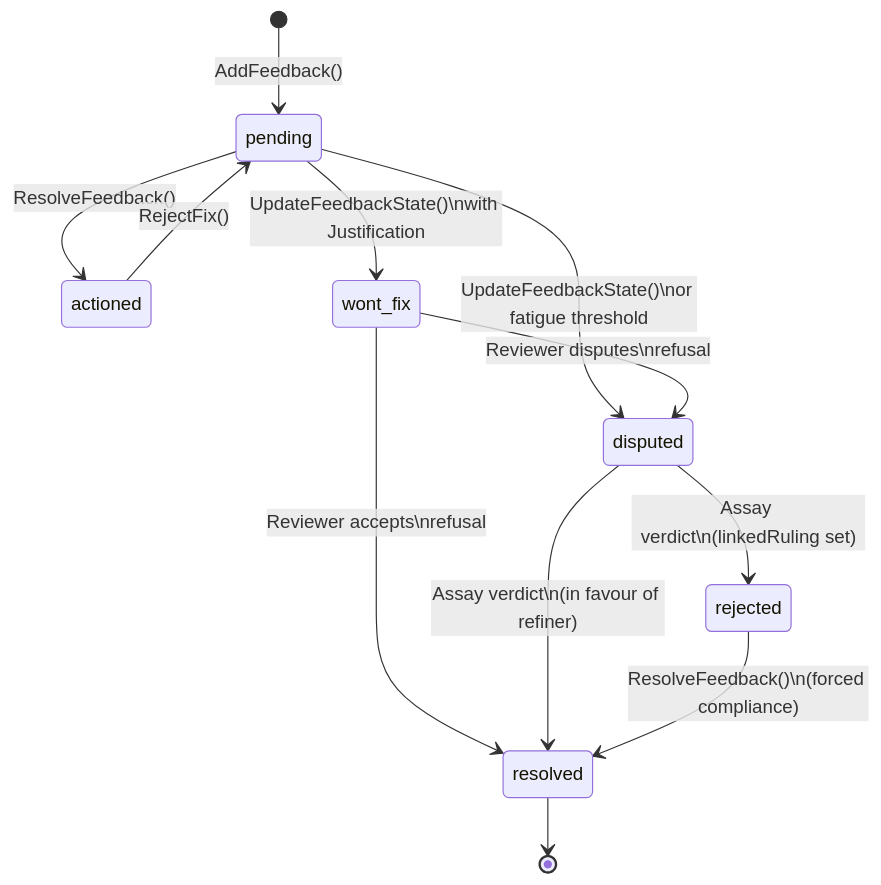
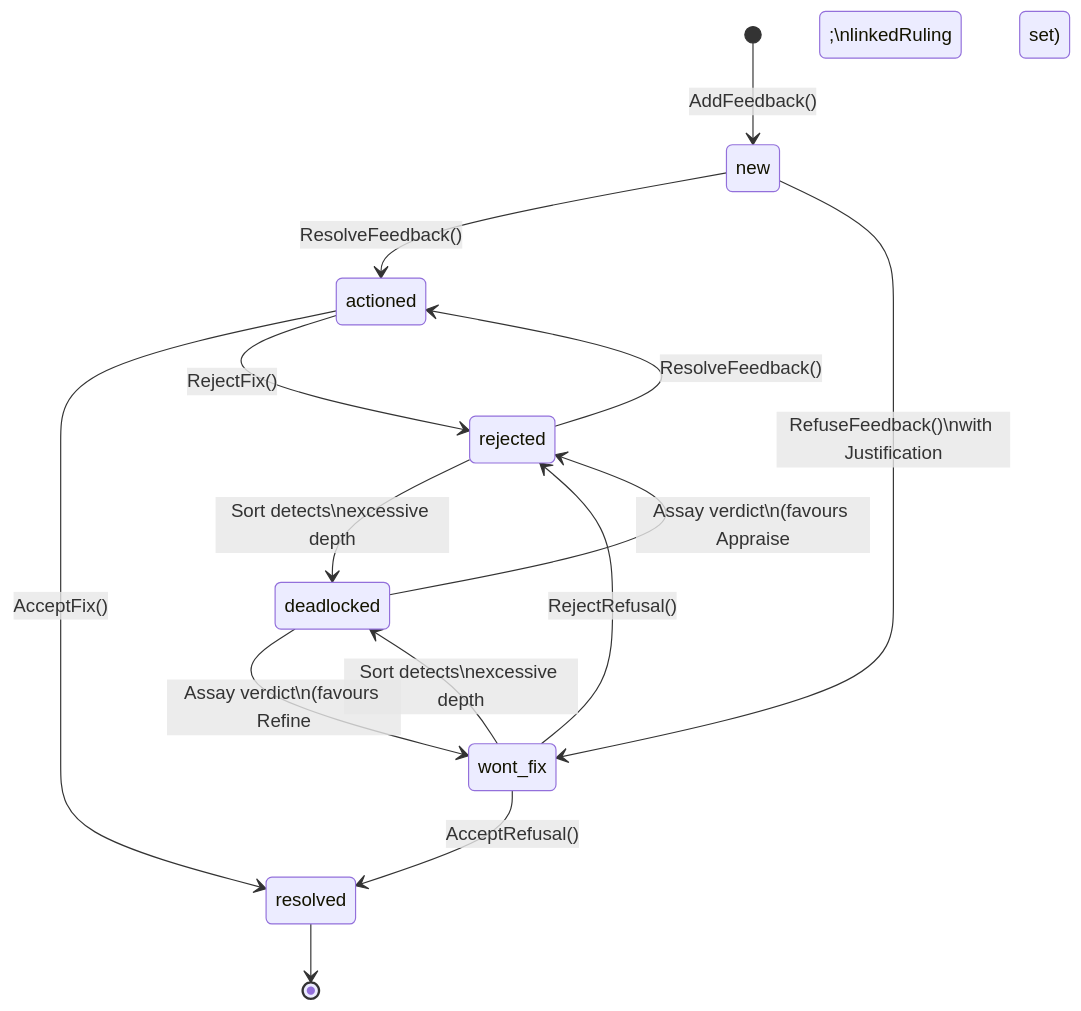
One commit to really-knows-ai/gideas changed the third of 3 diagrams in 01-concepts/02-data-model.md. Above: the diagram before and after it, drawn with Mermaid. The commit also changed other lines of this file and 2 other files, not shown here.

Commit message:
Refine governance documentation, updating feedback state transitions and clarifying the role of Assay in resolving disputes and enforcing verdicts.

````diff
--- a/01-concepts/02-data-model.md
+++ b/01-concepts/02-data-model.md
@@ -315,20 +315,22 @@
 ```mermaid
 stateDiagram-v2
-    [*] --> pending : AddFeedback()
+    [*] --> new : AddFeedback()
 
-    pending --> actioned : ResolveFeedback()
-    pending --> wont_fix : UpdateFeedbackState()\nwith Justification
-    pending --> disputed : UpdateFeedbackState()\nor fatigue threshold
+    new --> actioned : ResolveFeedback()
+    new --> wont_fix : RefuseFeedback()\nwith Justification
 
-    actioned --> pending : RejectFix()
+    actioned --> resolved : AcceptFix()
+    actioned --> rejected : RejectFix()
 
-    wont_fix --> disputed : Reviewer disputes\nrefusal
-    wont_fix --> resolved : Reviewer accepts\nrefusal
+    wont_fix --> resolved : AcceptRefusal()
+    wont_fix --> rejected : RejectRefusal()
+    wont_fix --> deadlocked : Sort detects\nexcessive depth
 
-    disputed --> rejected : Assay verdict\n(linkedRuling set)
-    disputed --> resolved : Assay verdict\n(in favour of refiner)
+    rejected --> actioned : ResolveFeedback()
+    rejected --> deadlocked : Sort detects\nexcessive depth
 
-    rejected --> resolved : ResolveFeedback()\n(forced compliance)
+    deadlocked --> wont_fix : Assay verdict\n(favours Refine;\nlinkedRuling set)
+    deadlocked --> rejected : Assay verdict\n(favours Appraise;\nlinkedRuling set)
 
     resolved --> [*]
 ```
````
